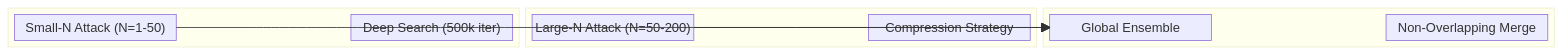
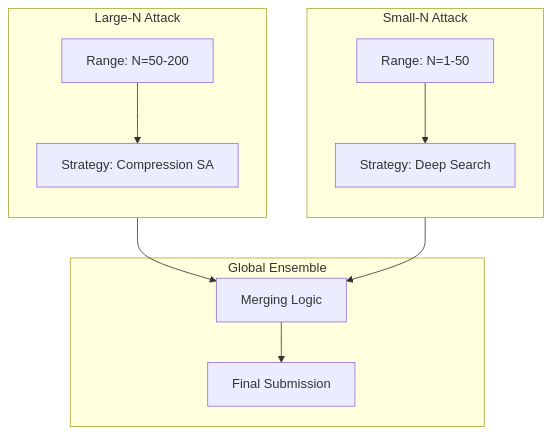
One commit to zdanovic/kaggle.santa-2025 changed the second of 2 diagrams in README.md. Above: the diagram before and after it, drawn with Mermaid.

Commit message:
docs: fix mermaid diagram rendering compatibility

````diff
--- a/README.md
+++ b/README.md
@@ -46,21 +46,19 @@
 ```mermaid
-block-beta
-    columns 3
-    block:Group1
-        S1["Small-N Attack (N=1-50)"]
-        space
-        S2["Deep Search (500k iter)"]
+graph TD
+    subgraph SmallN [Small-N Attack]
+        direction TB
+        S1[Range: N=1-50] --> S2[Strategy: Deep Search]
     end
-    block:Group2
-        M1["Large-N Attack (N=50-200)"]
-        space
-        M2["Compression Strategy"]
+
+    subgraph LargeN [Large-N Attack]
+        direction TB
+        L1[Range: N=50-200] --> L2[Strategy: Compression SA]
     end
-    block:Group3
-        G1["Global Ensemble"]
-        space
-        G2["Non-Overlapping Merge"]
+
+    subgraph Ensemble [Global Ensemble]
+        M1[Merging Logic] --> M2[Final Submission]
     end
-    S1 --> G1
-    M1 --> G1
+
+    S2 --> M1
+    L2 --> M1
 ```
````
